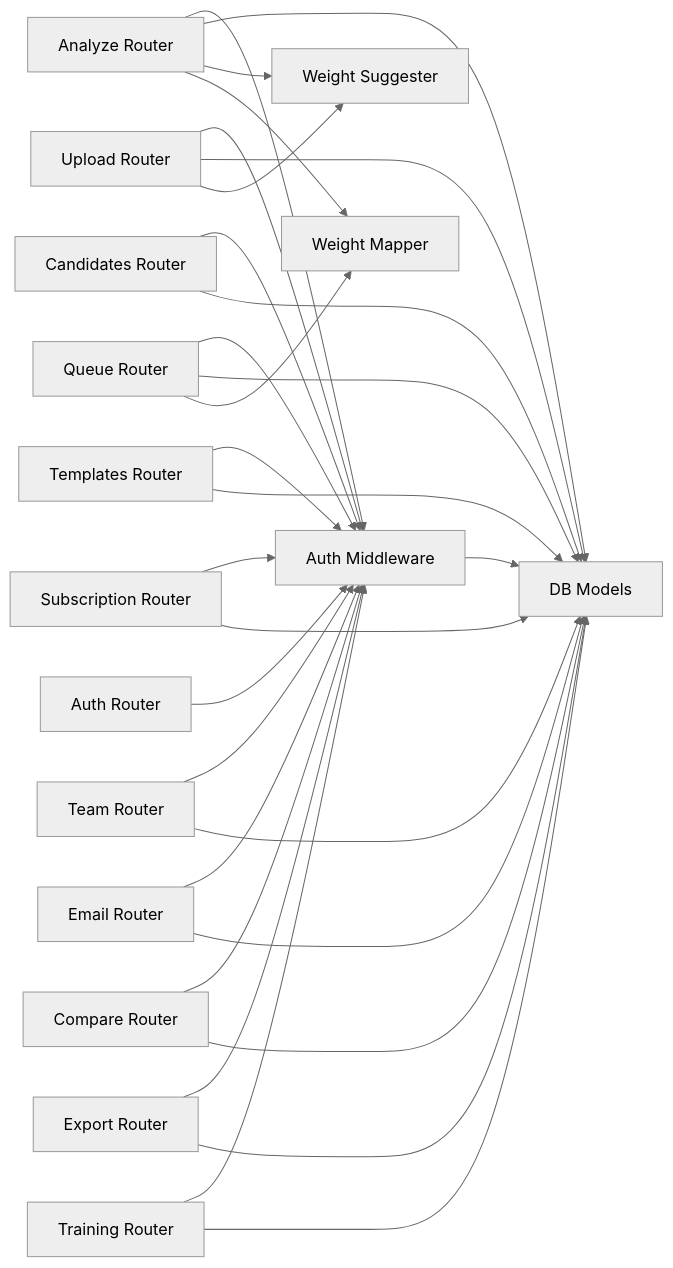
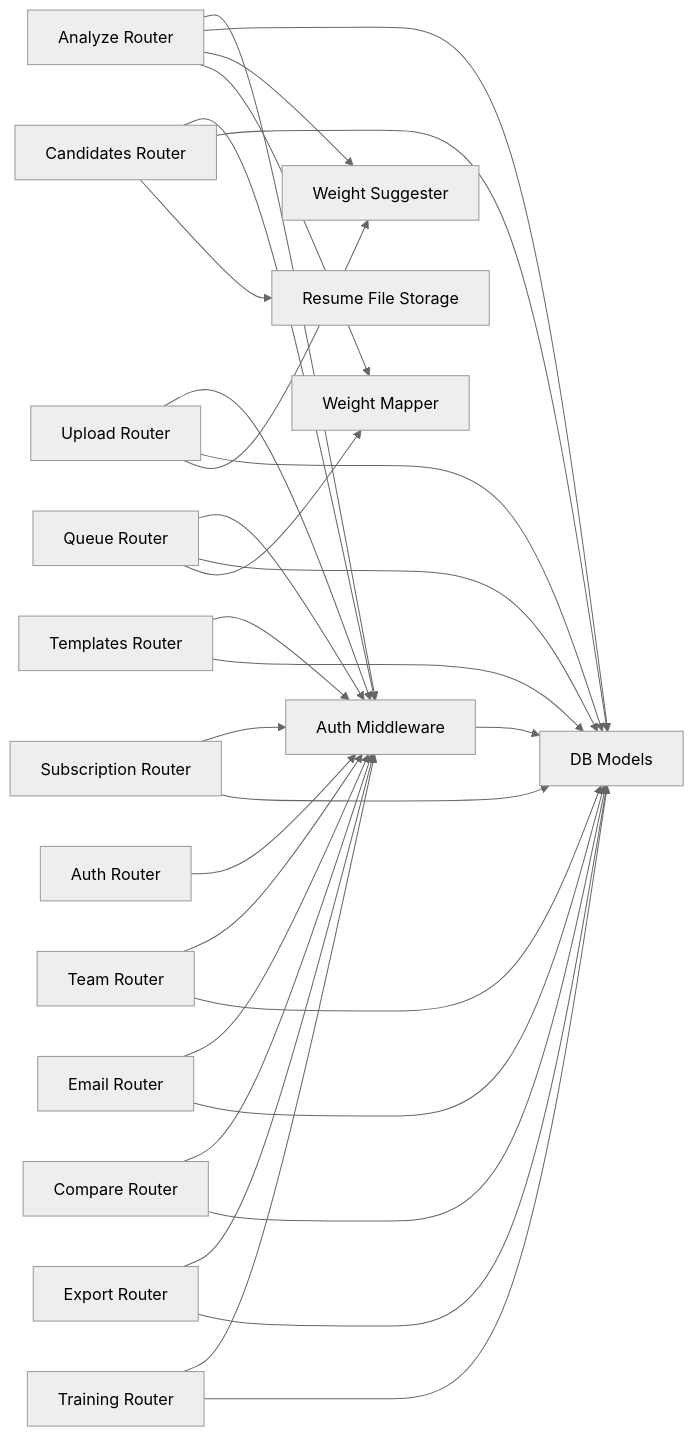
Before and after one commit to Revanththetalogics/aireume: the third of 4 diagrams in .qoder/repowiki/en/content/API Reference/API Reference.md, drawn with Mermaid (neutral theme). The commit also changed other lines of this file and 7 other files, not shown here.

````diff
--- a/.qoder/repowiki/en/content/API Reference/API Reference.md
+++ b/.qoder/repowiki/en/content/API Reference/API Reference.md
@@ -525,31 +556,32 @@
 ```mermaid
 graph LR
 AUTH["Auth Router"] --> MW["Auth Middleware"]
 ANALYZE["Analyze Router"] --> MW
 CAND["Candidates Router"] --> MW
 TMPL["Templates Router"] --> MW
 SUB["Subscription Router"] --> MW
 TEAM["Team Router"] --> MW
 EMAIL["Email Router"] --> MW
 COMPARE["Compare Router"] --> MW
 EXPORT["Export Router"] --> MW
 TRAIN["Training Router"] --> MW
 UPLOAD["Upload Router"] --> MW
 QUEUE["Queue Router"] --> MW
 ANALYZE --> DBM["DB Models"]
 UPLOAD --> DBM
 QUEUE --> DBM
 CAND --> DBM
 TMPL --> DBM
 SUB --> DBM
 TEAM --> DBM
 EMAIL --> DBM
 COMPARE --> DBM
 EXPORT --> DBM
 TRAIN --> DBM
 MW --> DBM
 ANALYZE --> WS["Weight Suggester"]
 ANALYZE --> WM["Weight Mapper"]
 UPLOAD --> WS
 QUEUE --> WM
+CAND --> RESUME["Resume File Storage"]
 ```
````
